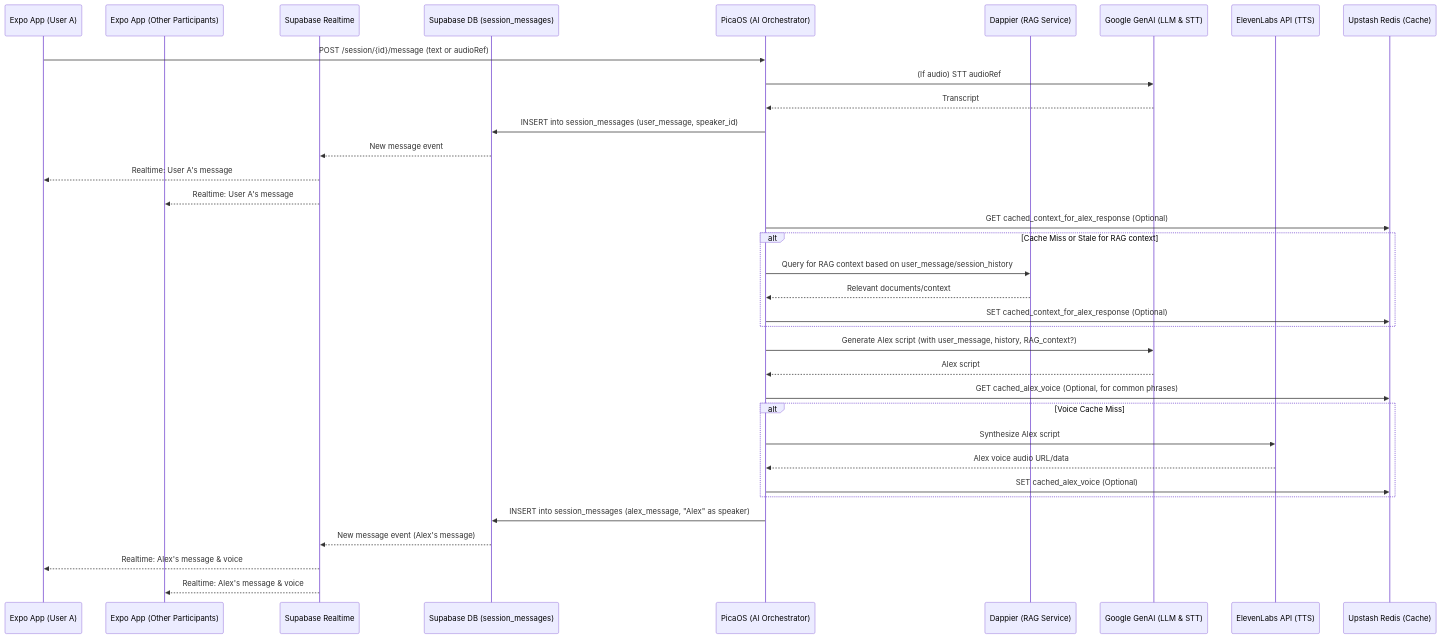
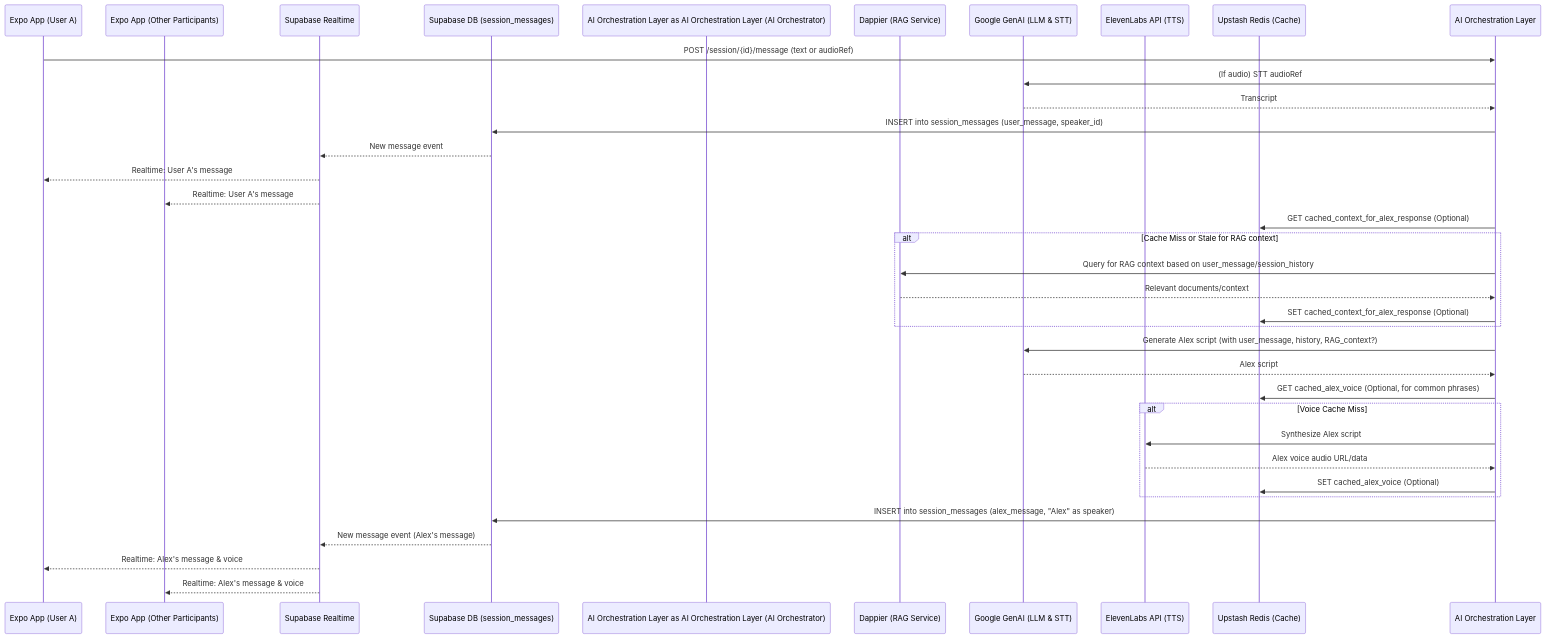
One commit to lord-dubious/understand.me changed the second of 3 diagrams in docs/technical_product_knowledge_base/part4_data_flow_architecture_details.md. Above: the diagram before and after it, drawn with Mermaid. The commit also changed other lines of this file and 32 other files, not shown here.

First line of the commit message:
🚀 Complete Boilerplate: Simplified Architecture & TaskMaster

````diff
--- a/docs/technical_product_knowledge_base/part4_data_flow_architecture_details.md
+++ b/docs/technical_product_knowledge_base/part4_data_flow_architecture_details.md
@@ -97,39 +97,39 @@
 ```mermaid
 sequenceDiagram
     participant UserApp as Expo App (User A)
     participant OtherUsersApp as Expo App (Other Participants)
     participant SupabaseRT as Supabase Realtime
     participant SupabaseDB as Supabase DB (session_messages)
-    participant PicaOS as PicaOS (AI Orchestrator)
+    participant AI Orchestration Layer as AI Orchestration Layer (AI Orchestrator)
     participant Dappier as Dappier (RAG Service)
     participant GoogleGenAI as Google GenAI (LLM & STT)
     participant ElevenLabs as ElevenLabs API (TTS)
     participant UpstashRedis as Upstash Redis (Cache)
 
-    UserApp->>PicaOS: POST /session/{id}/message (text or audioRef)
-    PicaOS->>GoogleGenAI: (If audio) STT audioRef
-    GoogleGenAI-->>PicaOS: Transcript
-    PicaOS->>SupabaseDB: INSERT into session_messages (user_message, speaker_id)
+    UserApp->>AI Orchestration Layer: POST /session/{id}/message (text or audioRef)
+    AI Orchestration Layer->>GoogleGenAI: (If audio) STT audioRef
+    GoogleGenAI-->>AI Orchestration Layer: Transcript
+    AI Orchestration Layer->>SupabaseDB: INSERT into session_messages (user_message, speaker_id)
     SupabaseDB-->>SupabaseRT: New message event
     SupabaseRT-->>UserApp: Realtime: User A's message
     SupabaseRT-->>OtherUsersApp: Realtime: User A's message
 
-    PicaOS->>UpstashRedis: GET cached_context_for_alex_response (Optional)
+    AI Orchestration Layer->>UpstashRedis: GET cached_context_for_alex_response (Optional)
     alt Cache Miss or Stale for RAG context
-        PicaOS->>Dappier: Query for RAG context based on user_message/session_history
-        Dappier-->>PicaOS: Relevant documents/context
-        PicaOS->>UpstashRedis: SET cached_context_for_alex_response (Optional)
+        AI Orchestration Layer->>Dappier: Query for RAG context based on user_message/session_history
+        Dappier-->>AI Orchestration Layer: Relevant documents/context
+        AI Orchestration Layer->>UpstashRedis: SET cached_context_for_alex_response (Optional)
     end
-    PicaOS->>GoogleGenAI: Generate Alex script (with user_message, history, RAG_context?)
-    GoogleGenAI-->>PicaOS: Alex script
-    PicaOS->>UpstashRedis: GET cached_alex_voice (Optional, for common phrases)
+    AI Orchestration Layer->>GoogleGenAI: Generate Alex script (with user_message, history, RAG_context?)
+    GoogleGenAI-->>AI Orchestration Layer: Alex script
+    AI Orchestration Layer->>UpstashRedis: GET cached_alex_voice (Optional, for common phrases)
     alt Voice Cache Miss
-        PicaOS->>ElevenLabs: Synthesize Alex script
-        ElevenLabs-->>PicaOS: Alex voice audio URL/data
-        PicaOS->>UpstashRedis: SET cached_alex_voice (Optional)
+        AI Orchestration Layer->>ElevenLabs: Synthesize Alex script
+        ElevenLabs-->>AI Orchestration Layer: Alex voice audio URL/data
+        AI Orchestration Layer->>UpstashRedis: SET cached_alex_voice (Optional)
     end
-    PicaOS->>SupabaseDB: INSERT into session_messages (alex_message, "Alex" as speaker)
+    AI Orchestration Layer->>SupabaseDB: INSERT into session_messages (alex_message, "Alex" as speaker)
     SupabaseDB-->>SupabaseRT: New message event (Alex's message)
     SupabaseRT-->>UserApp: Realtime: Alex's message & voice
     SupabaseRT-->>OtherUsersApp: Realtime: Alex's message & voice
 ```
````
